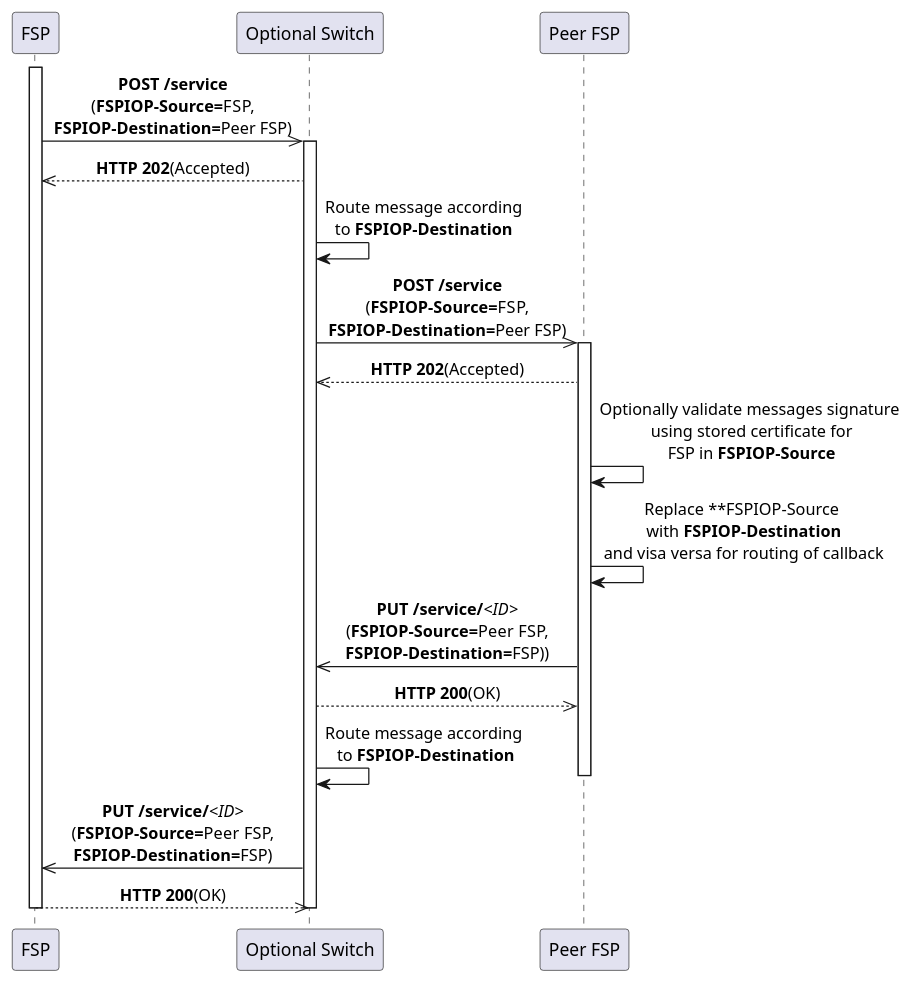
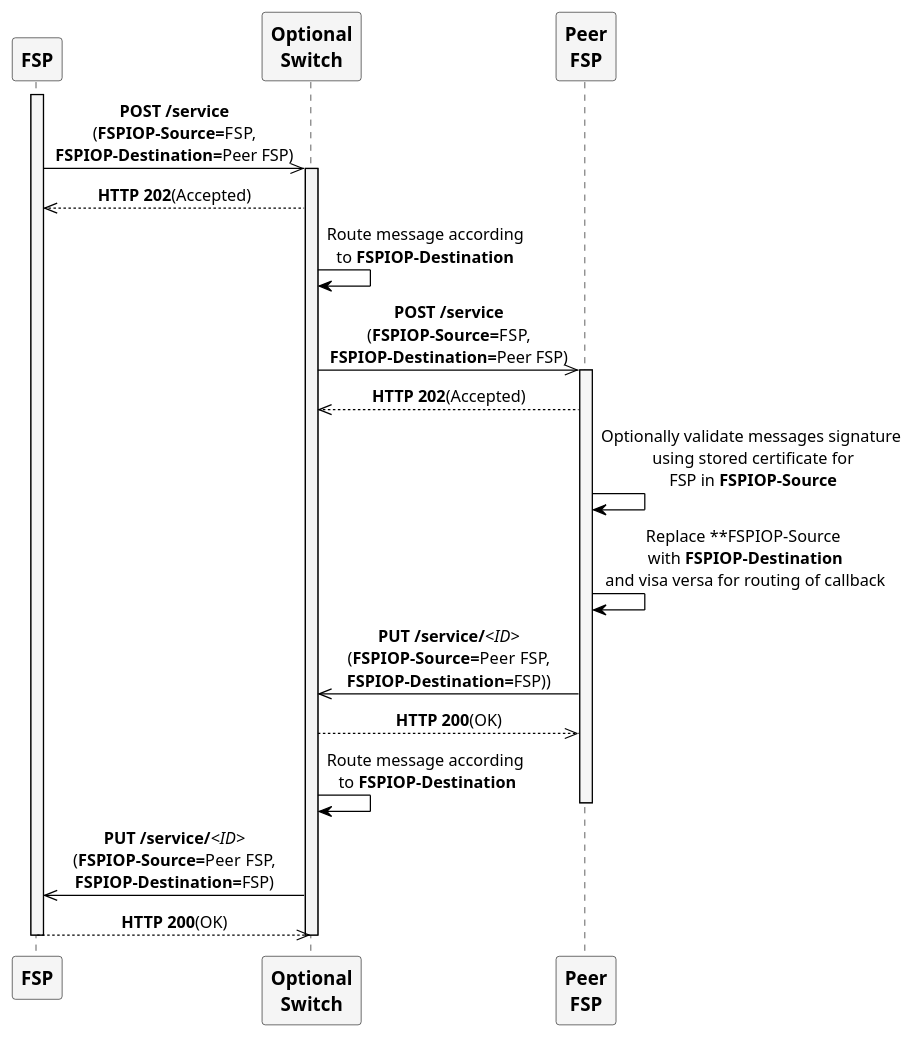
The diagram in assets/diagrams/sequence/figure4.plantuml (mojaloop/mojaloop-specification), drawn with PlantUML before and after one commit. The commit also changed 17 other files, not shown here.

Commit message:
Added skinparam's  to sequence diagrams. Introduced customised actor image for sequence diagrams.

```diff
--- a/assets/diagrams/sequence/figure4.plantuml
+++ b/assets/diagrams/sequence/figure4.plantuml
@@ -25,36 +25,45 @@
 @startuml
 ' declaring skinparam
 skinparam sequenceMessageAlign center
+skinparam shadowing false
+skinparam defaultFontName Calibri
+skinparam monochrome true
+skinparam SequenceLifeLineBackgroundColor WhiteSmoke
+skinparam SequenceLifeLineBorderColor Black
+skinparam ParticipantFontStyle Bold
+skinparam ParticipantFontSize 15
+skinparam ParticipantBackgroundColor WhiteSmoke
+skinparam ArrowColor Black
 
 ' declare title
 ' title Using the customized HTTP header fields FSPIOP-Destination and FSPIOP-Source
 
 ' Actor Keys:
-' participant - FSP or Switch
+' participant - FSP, Peer FSP and Optional Switch
 
 ' declare actors
 participant "FSP" as FSP
-participant "Optional Switch" as OPTSWITCH
-participant "Peer FSP" as PEERFSP
+participant "Optional\nSwitch" as OPTSWITCH
+participant "Peer\nFSP" as PEERFSP
 
 ' start flow
 
 activate FSP
 FSP ->> OPTSWITCH: **POST /service**\n(**FSPIOP-Source=**FSP,\n**FSPIOP-Destination=**Peer FSP)
 activate OPTSWITCH
 FSP <<-- OPTSWITCH: **HTTP 202**(Accepted)
 OPTSWITCH -> OPTSWITCH: Route message according\nto **FSPIOP-Destination**
 OPTSWITCH ->> PEERFSP: **POST /service**\n(**FSPIOP-Source=**FSP,\n**FSPIOP-Destination=**Peer FSP)
 activate PEERFSP
 OPTSWITCH <<-- PEERFSP: **HTTP 202**(Accepted)
 PEERFSP -> PEERFSP: Optionally validate messages signature\n using stored certificate for\n FSP in **FSPIOP-Source**
 PEERFSP -> PEERFSP: Replace **FSPIOP-Source\n with **FSPIOP-Destination**\n and visa versa for routing of callback
 OPTSWITCH <<- PEERFSP: **PUT /service/**//<ID>//\n(**FSPIOP-Source=**Peer FSP,\n**FSPIOP-Destination=**FSP))
 OPTSWITCH -->> PEERFSP: **HTTP 200**(OK)
 OPTSWITCH -> OPTSWITCH: Route message according\n to **FSPIOP-Destination**
 deactivate PEERFSP
 FSP <<- OPTSWITCH: **PUT /service/**//<ID>//\n(**FSPIOP-Source=**Peer FSP,\n**FSPIOP-Destination=**FSP)
 FSP -->> OPTSWITCH: **HTTP 200**(OK)
 deactivate OPTSWITCH
 deactivate FSP
 @enduml
```
